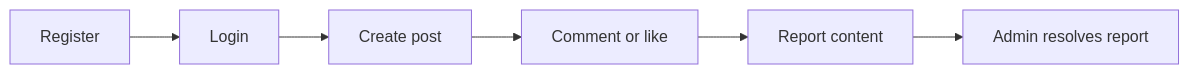
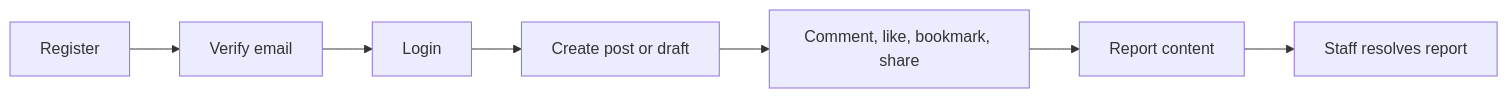
One commit to Kene33/simple-blog changed the first of 2 diagrams in README.md. Above: the diagram before and after it, drawn with Mermaid. The commit also changed other lines of this file and 1 other file, not shown here.

````diff
--- a/README.md
+++ b/README.md
@@ -114,8 +96,9 @@
 ```mermaid
 flowchart LR
-    A[Register] --> B[Login]
-    B --> C[Create post]
-    C --> D[Comment or like]
-    D --> E[Report content]
-    E --> F[Admin resolves report]
+    Register[Register] --> Verify[Verify email]
+    Verify --> Login[Login]
+    Login --> Publish[Create post or draft]
+    Publish --> Discuss[Comment, like, bookmark, share]
+    Discuss --> Report[Report content]
+    Report --> Moderate[Staff resolves report]
 ```
````
